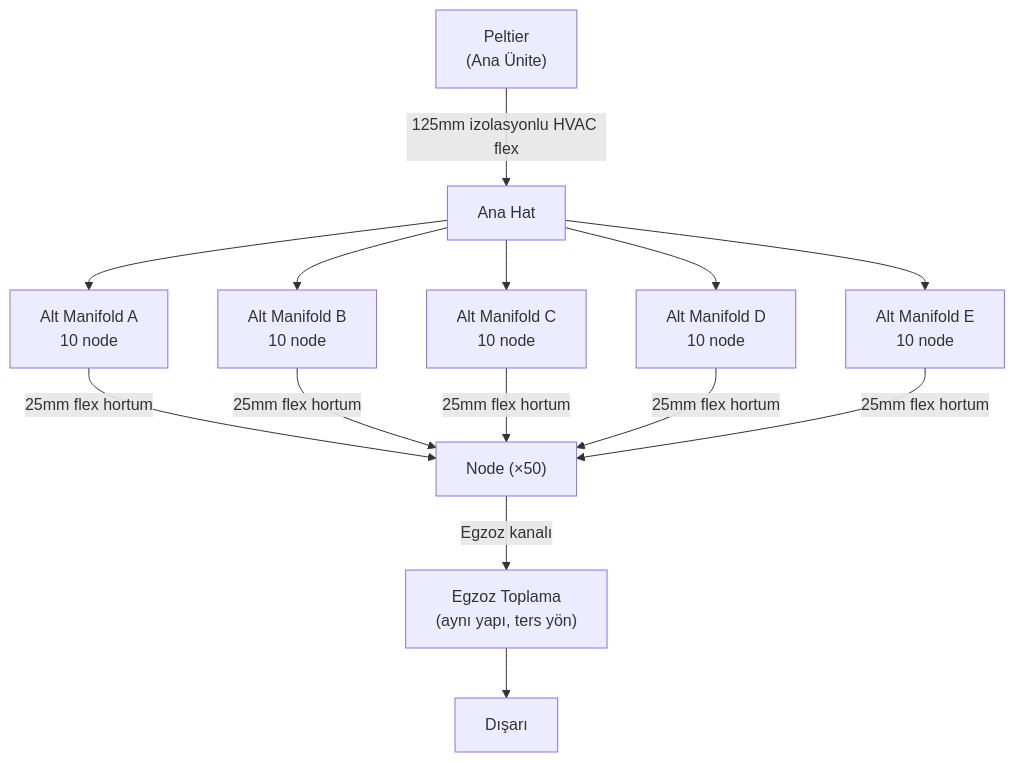
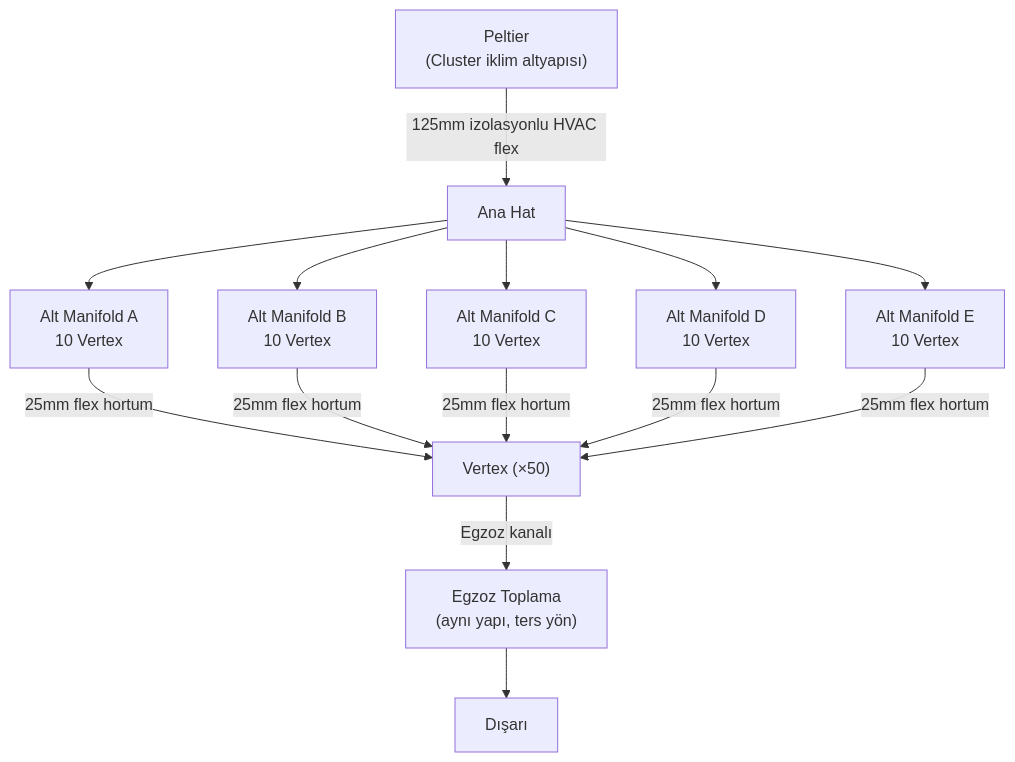
The fifth of 6 diagrams in docs/02-hardware/climate-monitoring.md (mkadayifci/tronloop-defteri-kebir), drawn with Mermaid before and after one commit. The commit also changed other lines of this file and 21 other files, not shown here.

````diff
--- a/docs/02-hardware/climate-monitoring.md
+++ b/docs/02-hardware/climate-monitoring.md
@@ -135,12 +145,12 @@
 ```mermaid
 flowchart TD
-    P["Peltier<br/>(Ana Ünite)"] -->|"125mm izolasyonlu HVAC flex"| AM["Ana Hat"]
-    AM --> M1["Alt Manifold A<br/>10 node"]
-    AM --> M2["Alt Manifold B<br/>10 node"]
-    AM --> M3["Alt Manifold C<br/>10 node"]
-    AM --> M4["Alt Manifold D<br/>10 node"]
-    AM --> M5["Alt Manifold E<br/>10 node"]
-    M1 & M2 & M3 & M4 & M5 -->|"25mm flex hortum"| N["Node (×50)"]
+    P["Peltier<br/>(Cluster iklim altyapısı)"] -->|"125mm izolasyonlu HVAC flex"| AM["Ana Hat"]
+    AM --> M1["Alt Manifold A<br/>10 Vertex"]
+    AM --> M2["Alt Manifold B<br/>10 Vertex"]
+    AM --> M3["Alt Manifold C<br/>10 Vertex"]
+    AM --> M4["Alt Manifold D<br/>10 Vertex"]
+    AM --> M5["Alt Manifold E<br/>10 Vertex"]
+    M1 & M2 & M3 & M4 & M5 -->|"25mm flex hortum"| N["Vertex (×50)"]
     N -->|"Egzoz kanalı"| EM["Egzoz Toplama<br/>(aynı yapı, ters yön)"]
     EM --> OUT["Dışarı"]
 ```
````
